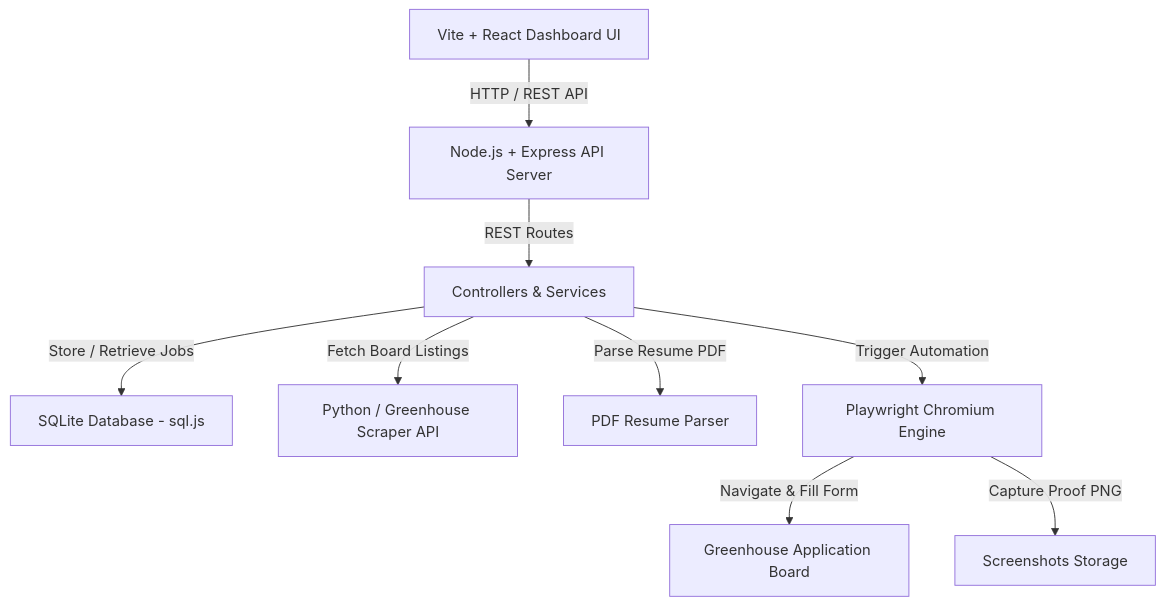
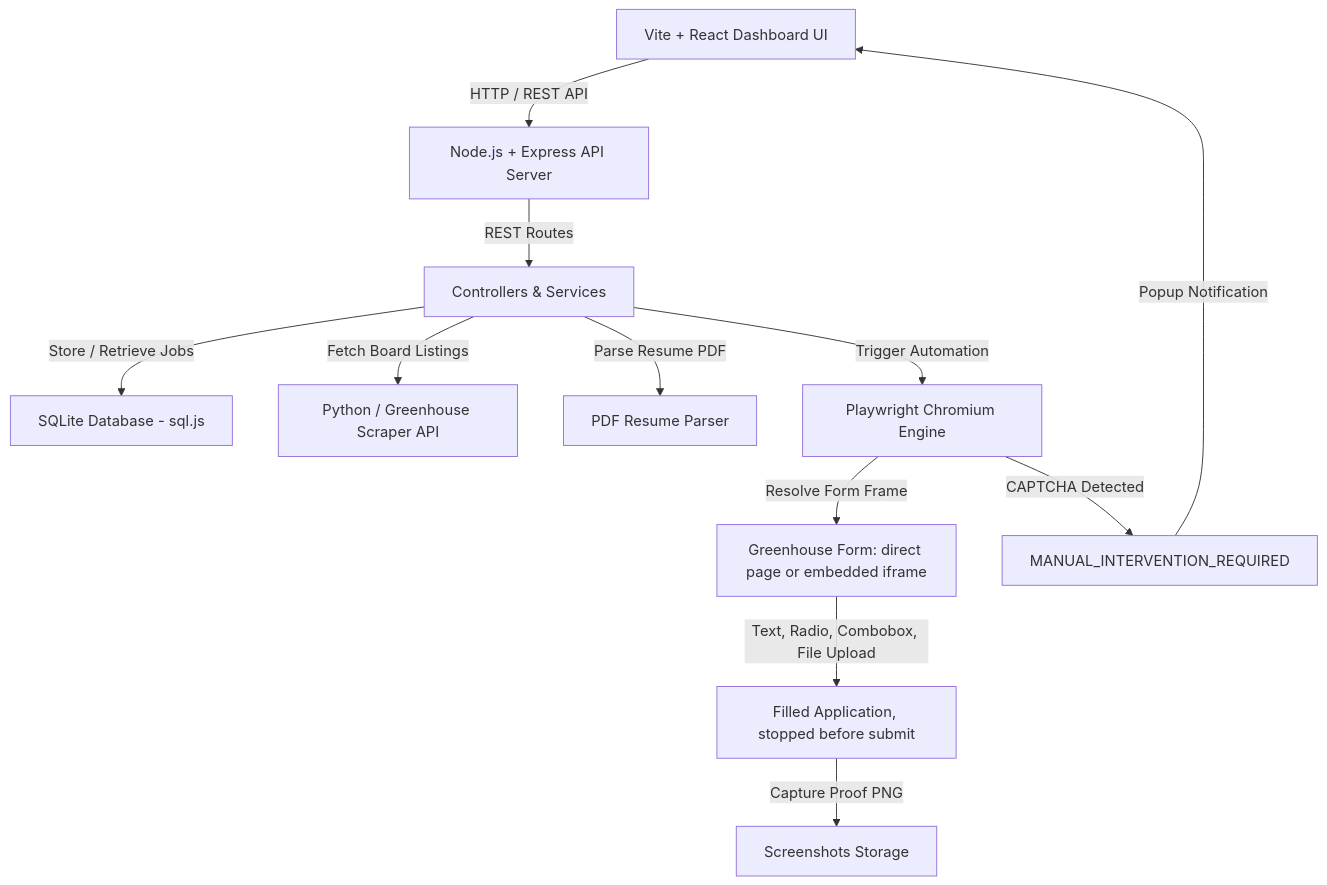
The diagram in README.md (TOUSIF-prog060/job_scrappingand_applying_automation), drawn with Mermaid before and after one commit. The commit also changed other lines of this file, not shown here.

First line of the commit message:
Update README to document form filling and CAPTCHA changes

````diff
--- a/README.md
+++ b/README.md
@@ -44,11 +48,14 @@
 ```mermaid
 graph TD
     A[Vite + React Dashboard UI] -->|HTTP / REST API| B[Node.js + Express API Server]
     B -->|REST Routes| C[Controllers & Services]
     C -->|Store / Retrieve Jobs| D[SQLite Database - sql.js]
     C -->|Fetch Board Listings| E[Python / Greenhouse Scraper API]
     C -->|Parse Resume PDF| F[PDF Resume Parser]
     C -->|Trigger Automation| G[Playwright Chromium Engine]
-    G -->|Navigate & Fill Form| H[Greenhouse Application Board]
-    G -->|Capture Proof PNG| I[Screenshots Storage]
+    G -->|Resolve Form Frame| H[Greenhouse Form: direct page or embedded iframe]
+    H -->|Text, Radio, Combobox, File Upload| K[Filled Application, stopped before submit]
+    K -->|Capture Proof PNG| I[Screenshots Storage]
+    G -->|CAPTCHA Detected| J[MANUAL_INTERVENTION_REQUIRED]
+    J -->|Popup Notification| A
 ```
````
